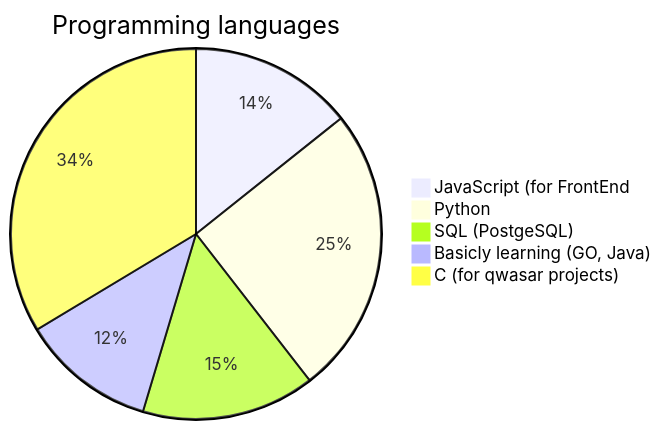
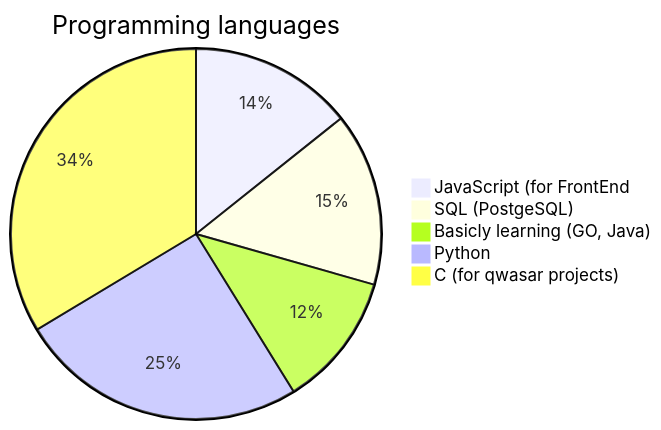
Before and after one commit to holmon-alp/holmon-alp: the diagram in README.md, drawn with Mermaid. The commit also changed other lines of this file, not shown here.

````diff
--- a/README.md
+++ b/README.md
@@ -19,9 +19,9 @@
 ```mermaid
 pie
     title Programming languages
     "JavaScript (for FrontEnd" : 85
-    "Python" : 150
     "SQL (PostgeSQL)" : 90
     "Basicly learning (GO, Java)" : 70
+    "Python" : 150
     "C (for qwasar projects)" : 200
 ```
````
